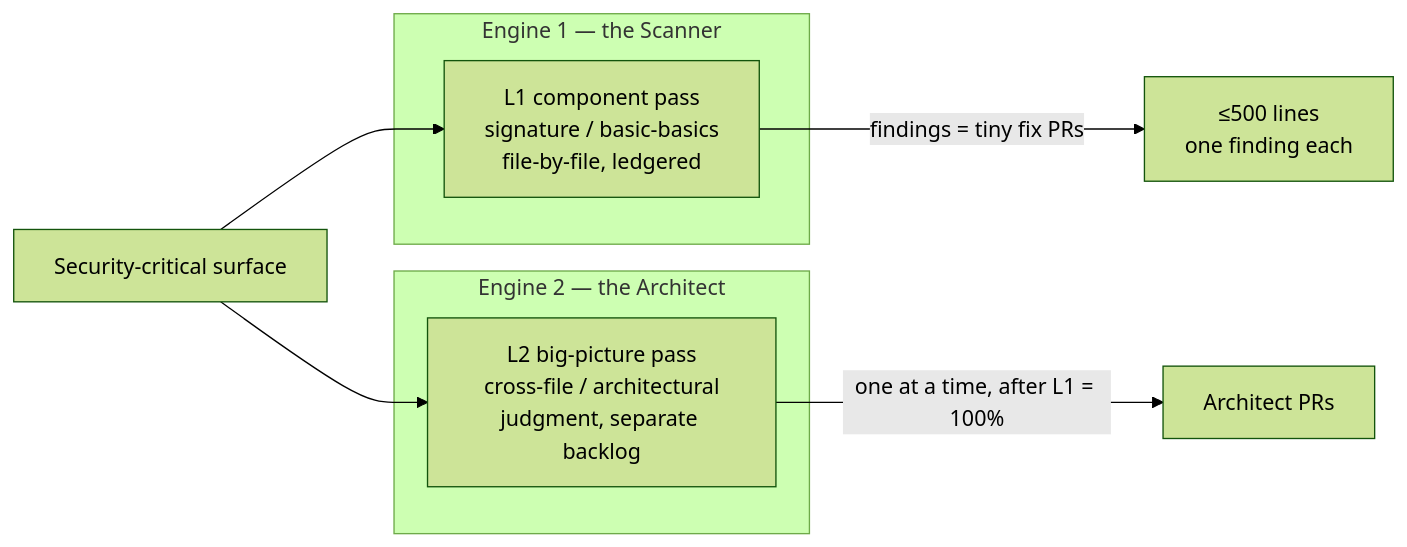
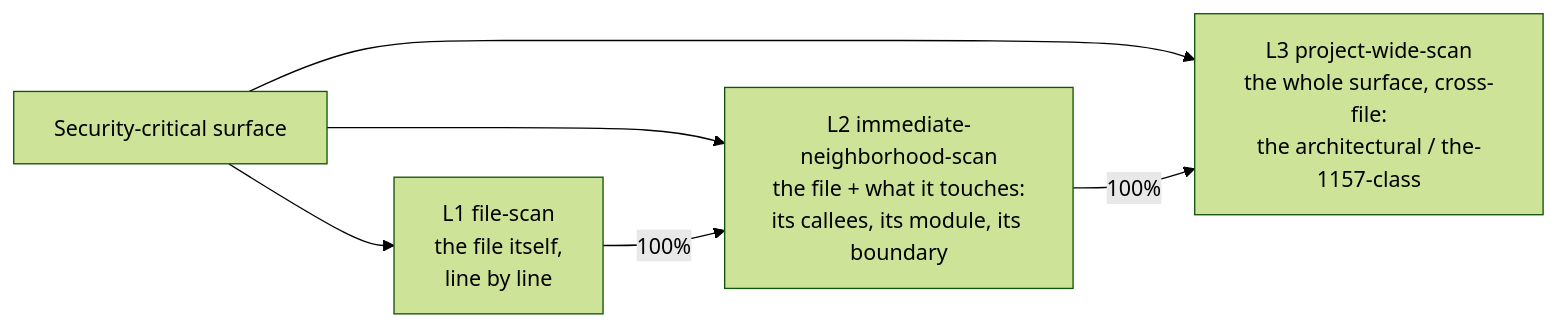
The diagram in ai-pack/ai-security-theory/README.md (jacoby149/web10), drawn with Mermaid (forest theme) before and after one commit. The commit also changed other lines of this file and 16 other files, not shown here.

````diff
--- a/ai-pack/ai-security-theory/README.md
+++ b/ai-pack/ai-security-theory/README.md
@@ -37,13 +47,10 @@
 ```mermaid
 flowchart LR
     S[Security-critical surface] --> L1
     S --> L2
-    subgraph E1 [Engine 1 — the Scanner]
-        L1[L1 component pass<br/>signature / basic-basics<br/>file-by-file, ledgered]
-    end
-    subgraph E2 [Engine 2 — the Architect]
-        L2[L2 big-picture pass<br/>cross-file / architectural<br/>judgment, separate backlog]
-    end
-    L1 -->|findings = tiny fix PRs| FIX[≤500 lines<br/>one finding each]
-    L2 -->|one at a time, after L1 = 100%| ARCH[Architect PRs]
+    S --> L3
+    L1[L1 file-scan<br/>the file itself,<br/>line by line]
+    L2[L2 immediate-neighborhood-scan<br/>the file + what it touches:<br/>its callees, its module, its boundary]
+    L3[L3 project-wide-scan<br/>the whole surface, cross-file:<br/>the architectural / the-1157-class]
+    L1 -->|100%| L2 -->|100%| L3
 ```
````
